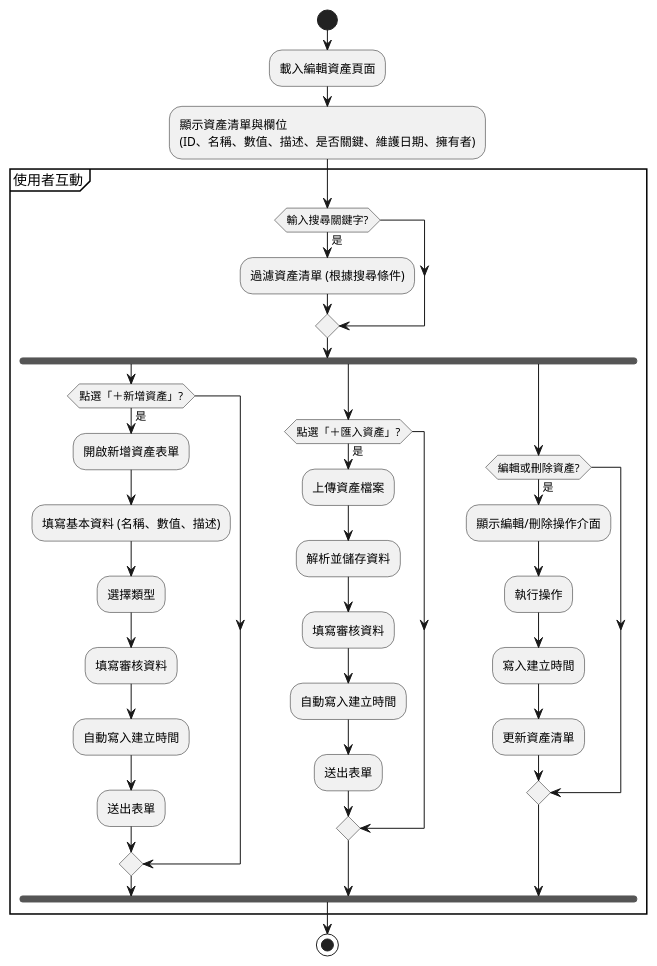
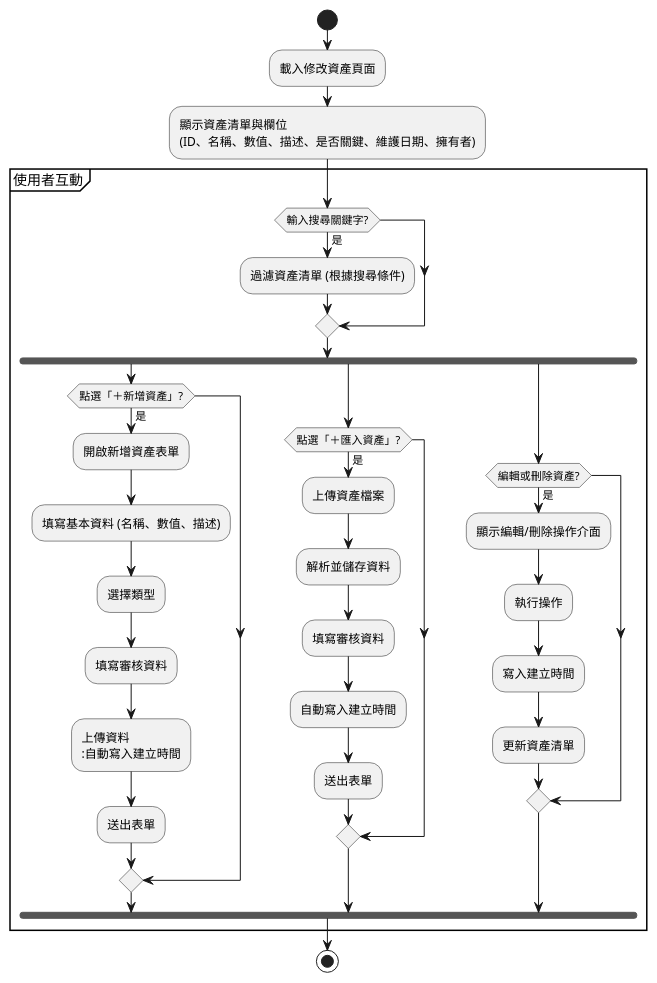
The diagram in plantUML/activity/asset_edit.puml (walle45611/NTUB_SecuManag_Diagram), drawn with PlantUML before and after one commit.

Commit message:
(modify): 把編輯改成修改並新增上傳資料 (#32)

```diff
--- a/plantUML/activity/asset_edit.puml
+++ b/plantUML/activity/asset_edit.puml
@@ -1,44 +1,45 @@
 @startuml edit_asset_activity
 
 start
 
-:載入編輯資產頁面;
+:載入修改資產頁面;
 
 :顯示資產清單與欄位
 (ID、名稱、數值、描述、是否關鍵、維護日期、擁有者);
 
 partition "使用者互動" {
 
     if (輸入搜尋關鍵字?) then (是)
         :過濾資產清單 (根據搜尋條件);
     endif
     fork
         if (點選「＋新增資產」?) then (是)
             :開啟新增資產表單;
             :填寫基本資料 (名稱、數值、描述);
             :選擇類型;
             :填寫審核資料;
+            :上傳資料
             :自動寫入建立時間;
             :送出表單;
         endif
     fork again
         if (點選「＋匯入資產」?) then (是)
             :上傳資產檔案;
             :解析並儲存資料;
             :填寫審核資料;
             :自動寫入建立時間;
             :送出表單;
         endif
     fork again
         if (編輯或刪除資產?) then (是)
             :顯示編輯/刪除操作介面;
             :執行操作;
             :寫入建立時間;
             :更新資產清單;
         endif
     end fork
 }
 
 stop
 
 @enduml
```
